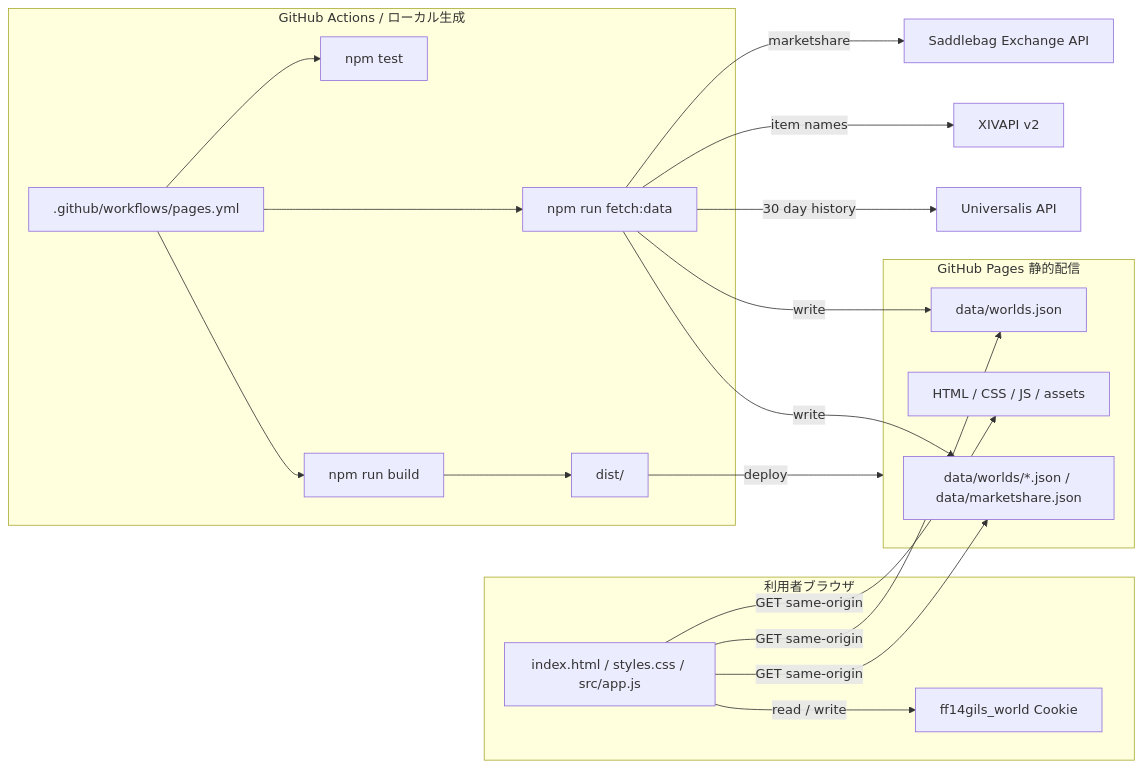
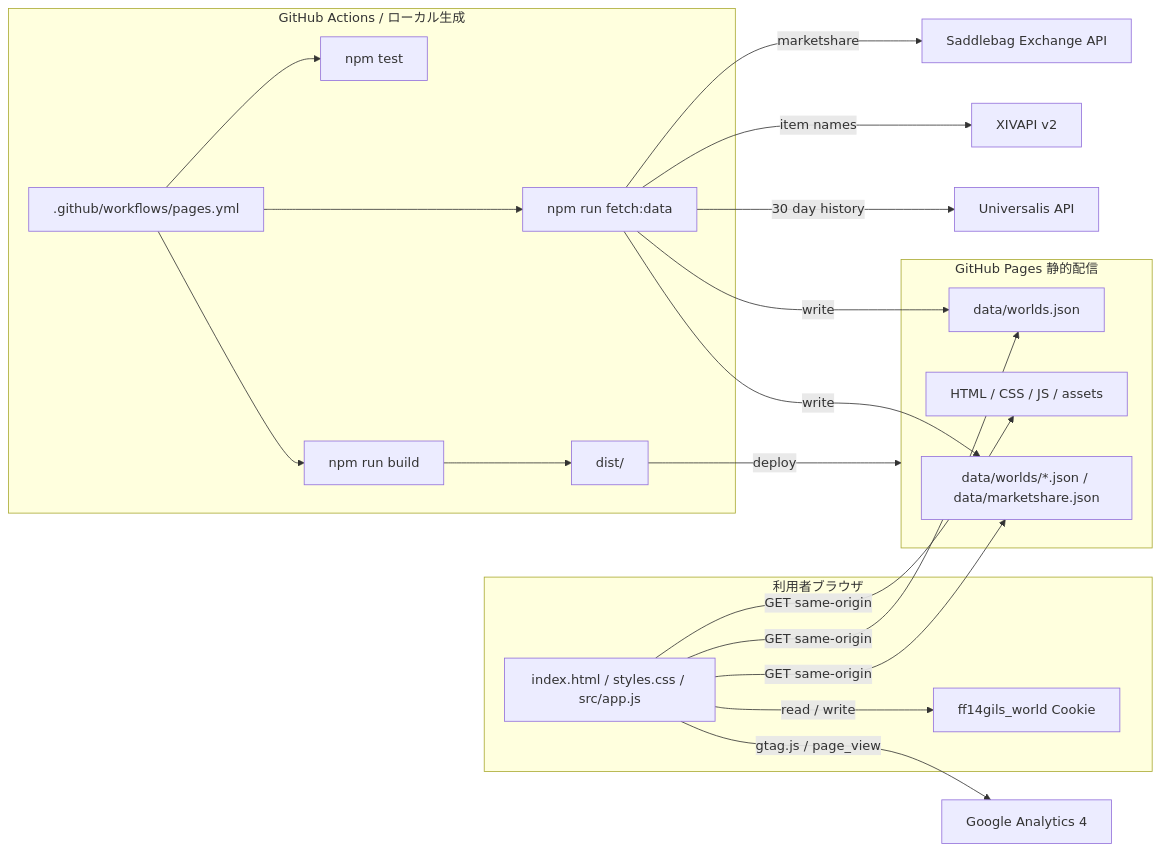
Before and after one commit to jinwktk/FF14Gils: the diagram in README.md, drawn with Mermaid. The commit also changed other lines of this file and 1 other file, not shown here.

Commit message:
GA4計測タグの契約テストを追加

````diff
--- a/README.md
+++ b/README.md
@@ -14,41 +14,43 @@
 ```mermaid
 flowchart LR
   subgraph Browser["利用者ブラウザ"]
     Ui["index.html / styles.css / src/app.js"]
     Cookie["ff14gils_world Cookie"]
   end
 
   subgraph Pages["GitHub Pages 静的配信"]
     Static["HTML / CSS / JS / assets"]
     WorldIndex["data/worlds.json"]
     Snapshots["data/worlds/*.json / data/marketshare.json"]
   end
 
   subgraph Pipeline["GitHub Actions / ローカル生成"]
     Workflow[".github/workflows/pages.yml"]
     Tests["npm test"]
     FetchData["npm run fetch:data"]
     Build["npm run build"]
     Dist["dist/"]
   end
 
   Saddlebag["Saddlebag Exchange API"]
   Xivapi["XIVAPI v2"]
   Universalis["Universalis API"]
+  Analytics["Google Analytics 4"]
 
   Ui -->|"GET same-origin"| Static
   Ui -->|"GET same-origin"| WorldIndex
   Ui -->|"GET same-origin"| Snapshots
   Ui -->|"read / write"| Cookie
+  Ui -->|"gtag.js / page_view"| Analytics
 
   Workflow --> Tests
   Workflow --> FetchData
   Workflow --> Build
   FetchData -->|"marketshare"| Saddlebag
   FetchData -->|"item names"| Xivapi
   FetchData -->|"30 day history"| Universalis
   FetchData -->|"write"| WorldIndex
   FetchData -->|"write"| Snapshots
   Build --> Dist
   Dist -->|"deploy"| Pages
 ```
````
